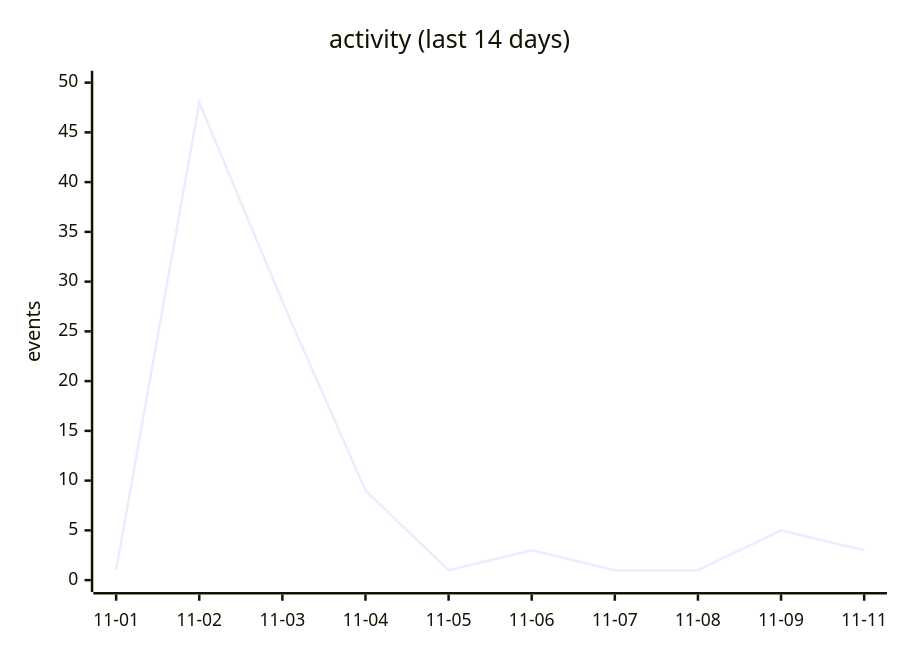
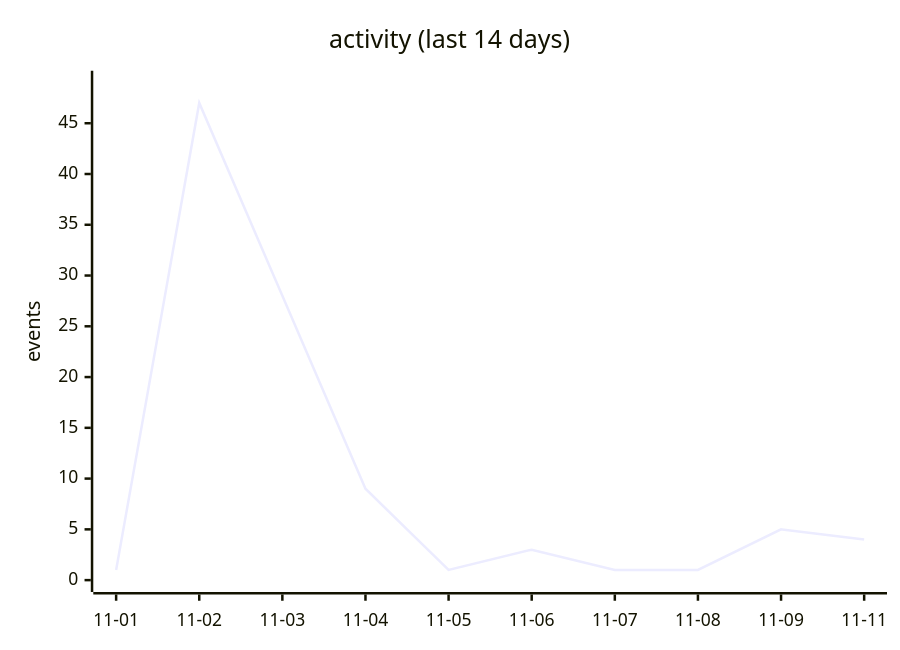
The second of 3 diagrams in README.md (lunarshe11/lunarshe11), drawn with Mermaid before and after one commit. The commit also changed other lines of this file, not shown here.

````diff
--- a/README.md
+++ b/README.md
@@ -42,7 +42,7 @@
 ```mermaid
 xychart-beta
     title "activity (last 14 days)"
     x-axis ["11-01", "11-02", "11-03", "11-04", "11-05", "11-06", "11-07", "11-08", "11-09", "11-11"]
-    y-axis "events" 0 --> 50
-    line [1, 48, 28, 9, 1, 3, 1, 1, 5, 3]
+    y-axis "events" 0 --> 49
+    line [1, 47, 28, 9, 1, 3, 1, 1, 5, 4]
 ```
````
